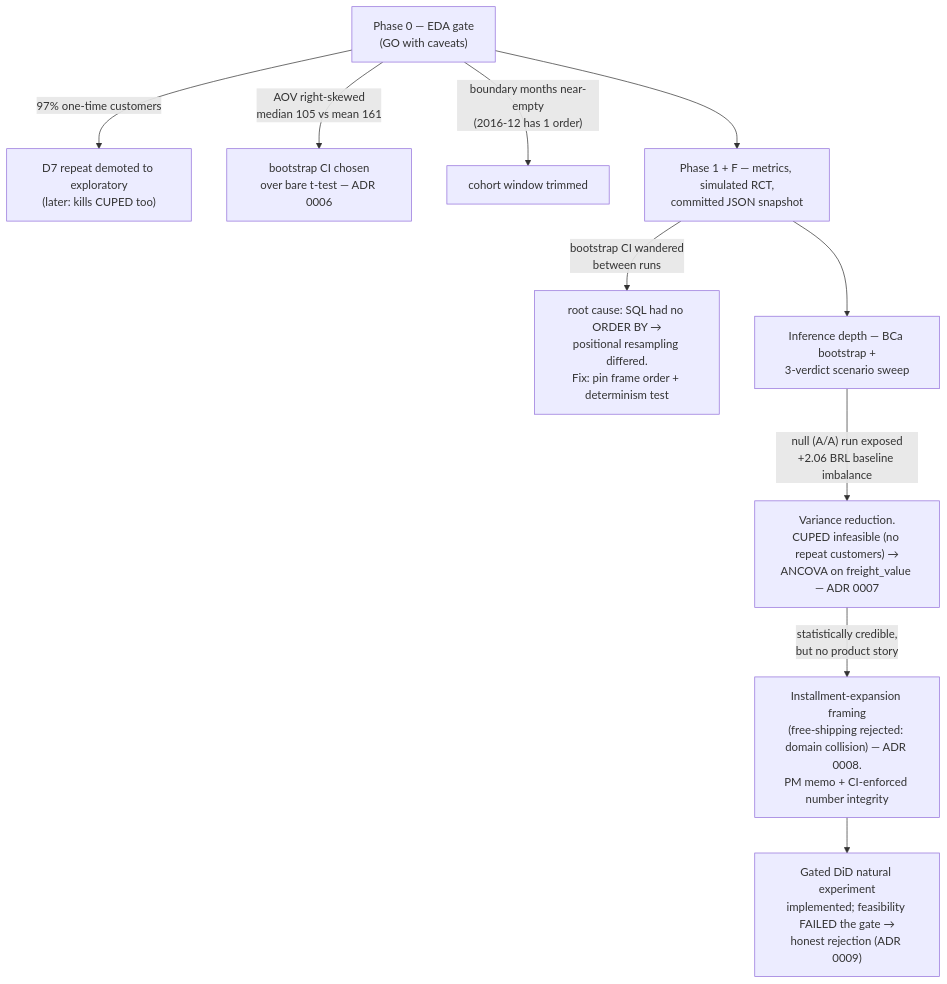
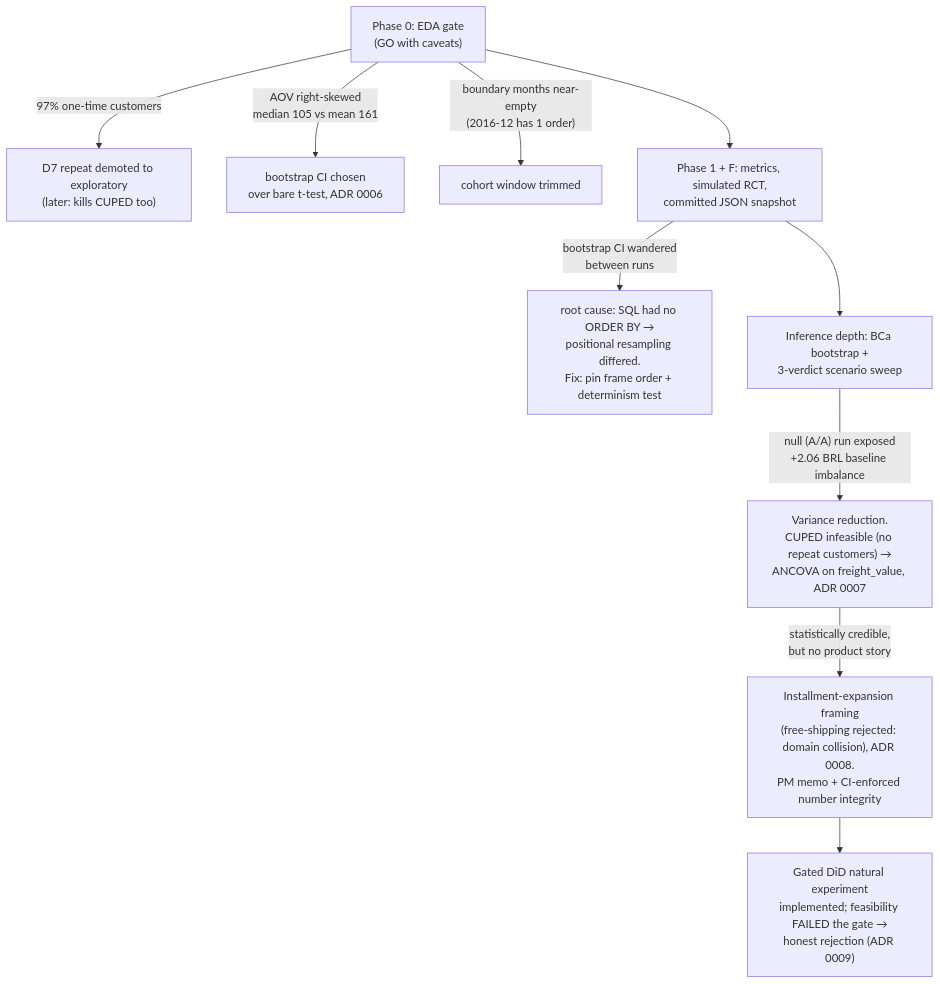
The second of 5 diagrams in README.md (tirthjoship/product-experimentation), drawn with Mermaid before and after one commit. The commit also changed other lines of this file, not shown here.

````diff
--- a/README.md
+++ b/README.md
@@ -150,13 +150,13 @@
 ```mermaid
 flowchart TD
-    P0["Phase 0 — EDA gate<br/>(GO with caveats)"]
+    P0["Phase 0: EDA gate<br/>(GO with caveats)"]
     P0 -->|"97% one-time customers"| C1["D7 repeat demoted to exploratory<br/>(later: kills CUPED too)"]
-    P0 -->|"AOV right-skewed<br/>median 105 vs mean 161"| C2["bootstrap CI chosen<br/>over bare t-test — ADR 0006"]
+    P0 -->|"AOV right-skewed<br/>median 105 vs mean 161"| C2["bootstrap CI chosen<br/>over bare t-test, ADR 0006"]
     P0 -->|"boundary months near-empty<br/>(2016-12 has 1 order)"| C3["cohort window trimmed"]
-    P0 --> P1["Phase 1 + F — metrics, simulated RCT,<br/>committed JSON snapshot"]
+    P0 --> P1["Phase 1 + F: metrics, simulated RCT,<br/>committed JSON snapshot"]
     P1 -->|"bootstrap CI wandered<br/>between runs"| C4["root cause: SQL had no ORDER BY →<br/>positional resampling differed.<br/>Fix: pin frame order + determinism test"]
-    P1 --> PL1["Inference depth — BCa bootstrap +<br/>3-verdict scenario sweep"]
-    PL1 -->|"null (A/A) run exposed<br/>+2.06 BRL baseline imbalance"| PL2["Variance reduction.<br/>CUPED infeasible (no repeat customers) →<br/>ANCOVA on freight_value — ADR 0007"]
-    PL2 -->|"statistically credible,<br/>but no product story"| PL3["Installment-expansion framing<br/>(free-shipping rejected: domain collision) — ADR 0008.<br/>PM memo + CI-enforced number integrity"]
+    P1 --> PL1["Inference depth: BCa bootstrap +<br/>3-verdict scenario sweep"]
+    PL1 -->|"null (A/A) run exposed<br/>+2.06 BRL baseline imbalance"| PL2["Variance reduction.<br/>CUPED infeasible (no repeat customers) →<br/>ANCOVA on freight_value, ADR 0007"]
+    PL2 -->|"statistically credible,<br/>but no product story"| PL3["Installment-expansion framing<br/>(free-shipping rejected: domain collision), ADR 0008.<br/>PM memo + CI-enforced number integrity"]
     PL3 --> PL4["Gated DiD natural experiment<br/>implemented; feasibility FAILED the gate →<br/>honest rejection (ADR 0009)"]
 ```
````
